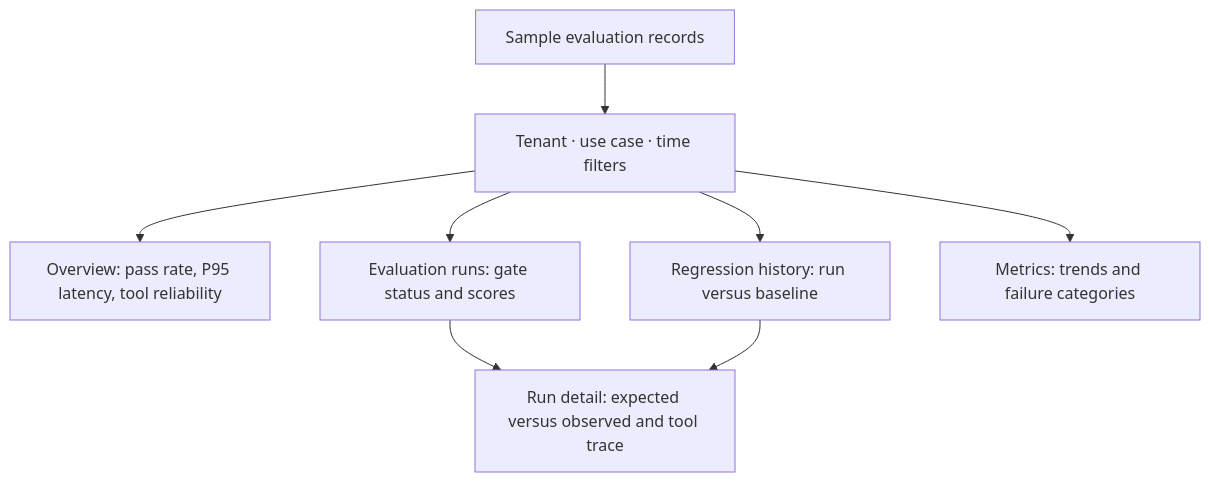
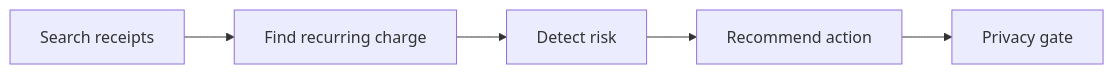
The fourth of 6 diagrams in README.md (radhika-singh-10/ToolReliability), drawn with Mermaid before and after one commit. The commit also changed other lines of this file, not shown here.

````diff
--- a/README.md
+++ b/README.md
@@ -59,10 +142,7 @@
 ```mermaid
-flowchart TD
-    S["Sample evaluation records"] --> F["Tenant · use case · time filters"]
-    F --> O["Overview: pass rate, P95 latency, tool reliability"]
-    F --> R["Evaluation runs: gate status and scores"]
-    F --> G["Regression history: run versus baseline"]
-    F --> M["Metrics: trends and failure categories"]
-    R --> D["Run detail: expected versus observed and tool trace"]
-    G --> D
+flowchart LR
+    A["Search receipts"] --> B["Find recurring charge"]
+    B --> C["Detect risk"]
+    C --> D["Recommend action"]
+    D --> E["Privacy gate"]
 ```
````
